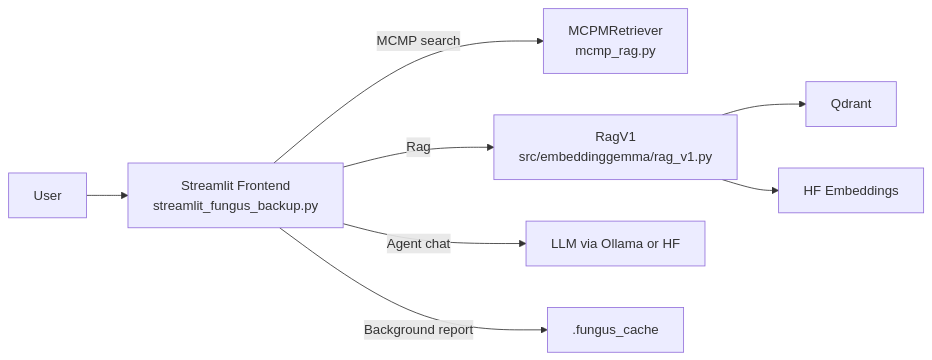
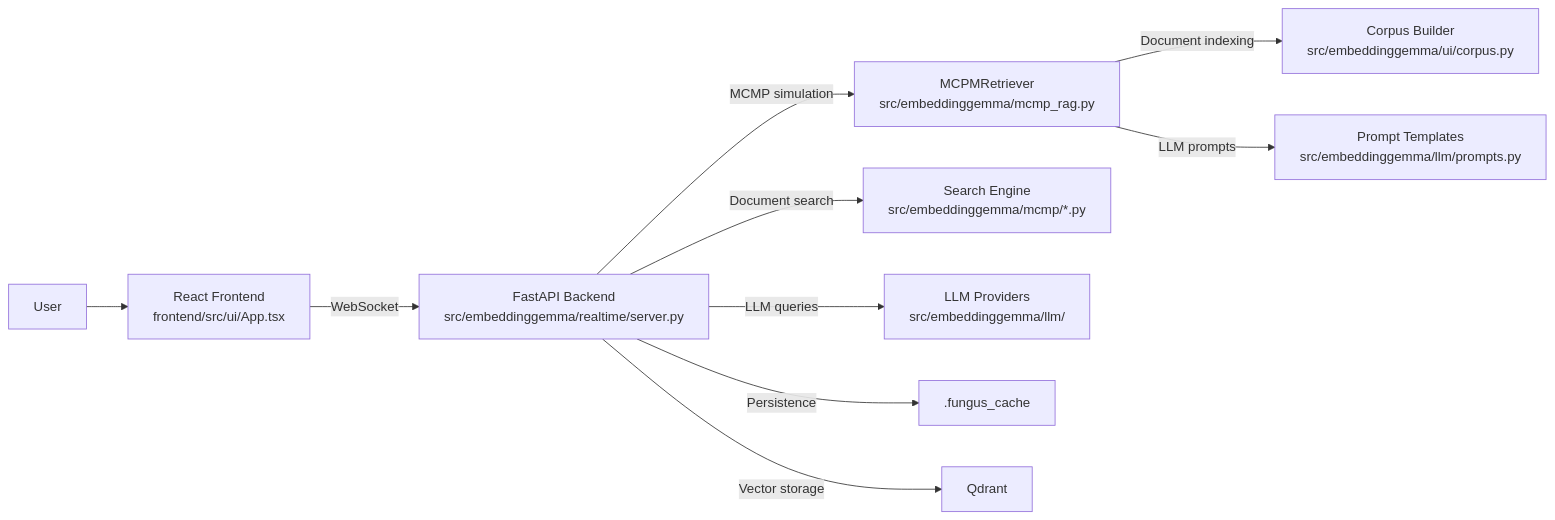
One commit to Flissel/la_fungus_search changed the first of 4 diagrams in docs/ARCHITECTURE.md. Above: the diagram before and after it, drawn with Mermaid. The commit also changed other lines of this file and 5 other files, not shown here.

Commit message:
Refactor: Update architecture, docs, and config for React frontend

````diff
--- a/docs/ARCHITECTURE.md
+++ b/docs/ARCHITECTURE.md
@@ -4,11 +4,12 @@
 ```mermaid
 graph LR
-  user[User] --> UI[Streamlit Frontend<br/>streamlit_fungus_backup.py]
-  UI -->|MCMP search| MCMP[MCPMRetriever<br/>mcmp_rag.py]
-  UI -->|Rag| RAG[RagV1<br/>src/embeddinggemma/rag_v1.py]
-  RAG --> Qdrant[Qdrant]
-  RAG --> HF[HF Embeddings]
-  UI -->|Agent chat| LLM[LLM via Ollama or HF]
-  UI -->|Background report| Cache[.fungus_cache]
-  %% FastAPI API removed
+  user[User] --> UI[React Frontend<br/>frontend/src/ui/App.tsx]
+  UI -->|WebSocket| API[FastAPI Backend<br/>src/embeddinggemma/realtime/server.py]
+  API -->|MCMP simulation| MCMP[MCPMRetriever<br/>src/embeddinggemma/mcmp_rag.py]
+  MCMP -->|Document indexing| CORPUS[Corpus Builder<br/>src/embeddinggemma/ui/corpus.py]
+  MCMP -->|LLM prompts| PROMPTS[Prompt Templates<br/>src/embeddinggemma/llm/prompts.py]
+  API -->|Document search| SEARCH[Search Engine<br/>src/embeddinggemma/mcmp/*.py]
+  API -->|LLM queries| LLM[LLM Providers<br/>src/embeddinggemma/llm/]
+  API -->|Persistence| CACHE[.fungus_cache]
+  API -->|Vector storage| QDRANT[Qdrant]
 ```
````
